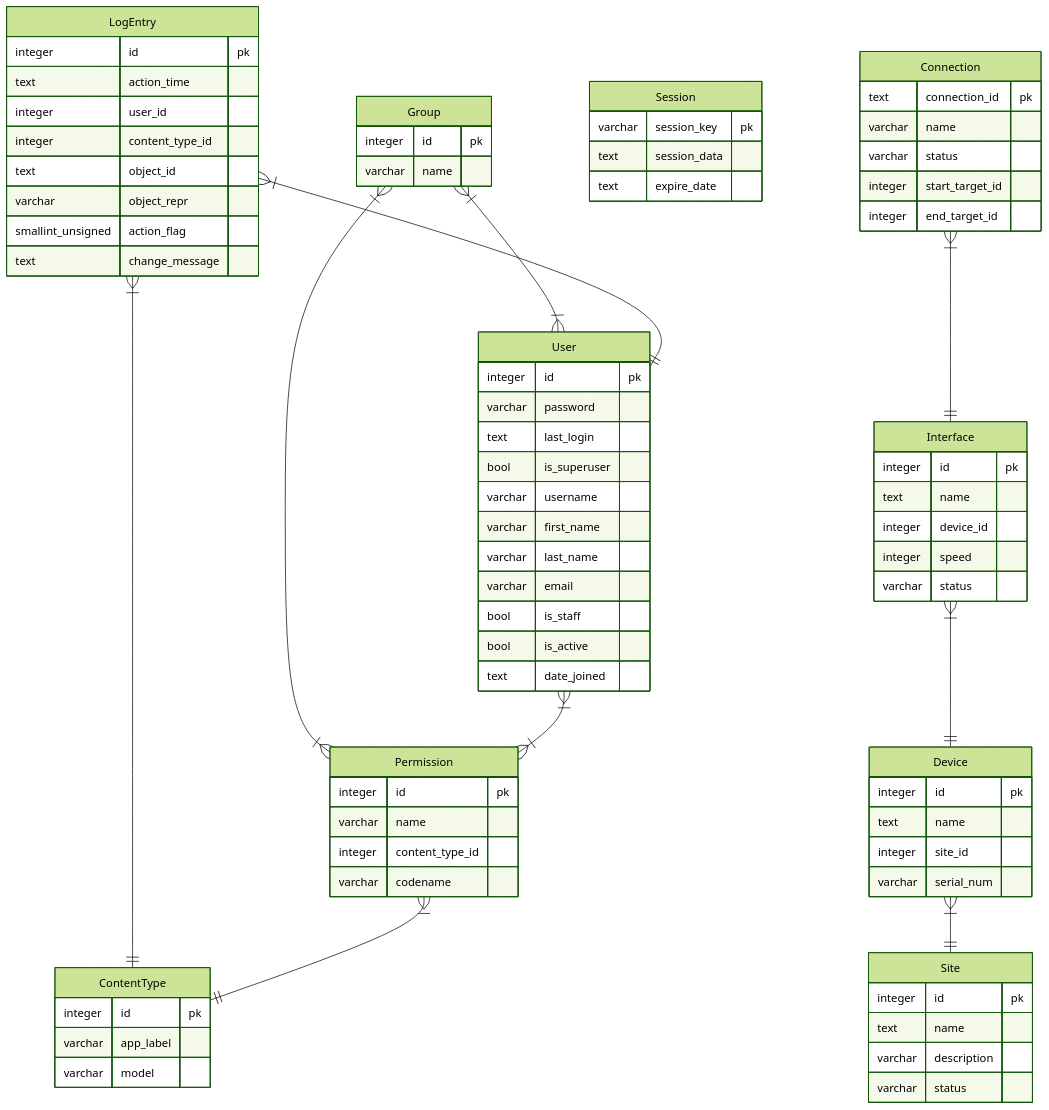
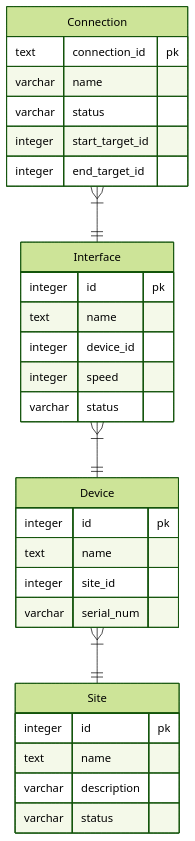
One commit to joemo58/network_topology_tracing changed the diagram in README.md. Above: the diagram before and after it, drawn with Mermaid (forest theme). The commit also changed other lines of this file, not shown here.

Commit message:
Fixed README to exclude Django native models

````diff
--- a/README.md
+++ b/README.md
@@ -40,81 +43,32 @@
 ```mermaid
 erDiagram
-LogEntry {
-  integer id pk
-  text action_time 
-  integer user_id 
-  integer content_type_id 
-  text object_id 
-  varchar object_repr 
-  smallint_unsigned action_flag 
-  text change_message 
-}
-Permission {
-  integer id pk
-  varchar name 
-  integer content_type_id 
-  varchar codename 
-}
-Group {
-  integer id pk
-  varchar name 
-}
-User {
-  integer id pk
-  varchar password 
-  text last_login 
-  bool is_superuser 
-  varchar username 
-  varchar first_name 
-  varchar last_name 
-  varchar email 
-  bool is_staff 
-  bool is_active 
-  text date_joined 
-}
-ContentType {
-  integer id pk
-  varchar app_label 
-  varchar model 
-}
-Session {
-  varchar session_key pk
-  text session_data 
-  text expire_date 
-}
 Site {
   integer id pk
   text name 
   varchar description 
   varchar status 
 }
 Device {
   integer id pk
   text name 
   integer site_id 
   varchar serial_num 
 }
 Interface {
   integer id pk
   text name 
   integer device_id 
   integer speed 
   varchar status 
 }
 Connection {
   text connection_id pk
   varchar name 
   varchar status 
   integer start_target_id 
   integer end_target_id 
 }
 Device }|--|| Site: ""
 Interface }|--|| Device: ""
 Connection }|--|| Interface: ""
-Group }|--|{ User: ""
-Group }|--|{ Permission: ""
-LogEntry }|--|| User: ""
-LogEntry }|--|| ContentType: ""
-User }|--|{ Permission: ""
-Permission }|--|| ContentType: ""
 ```
````
